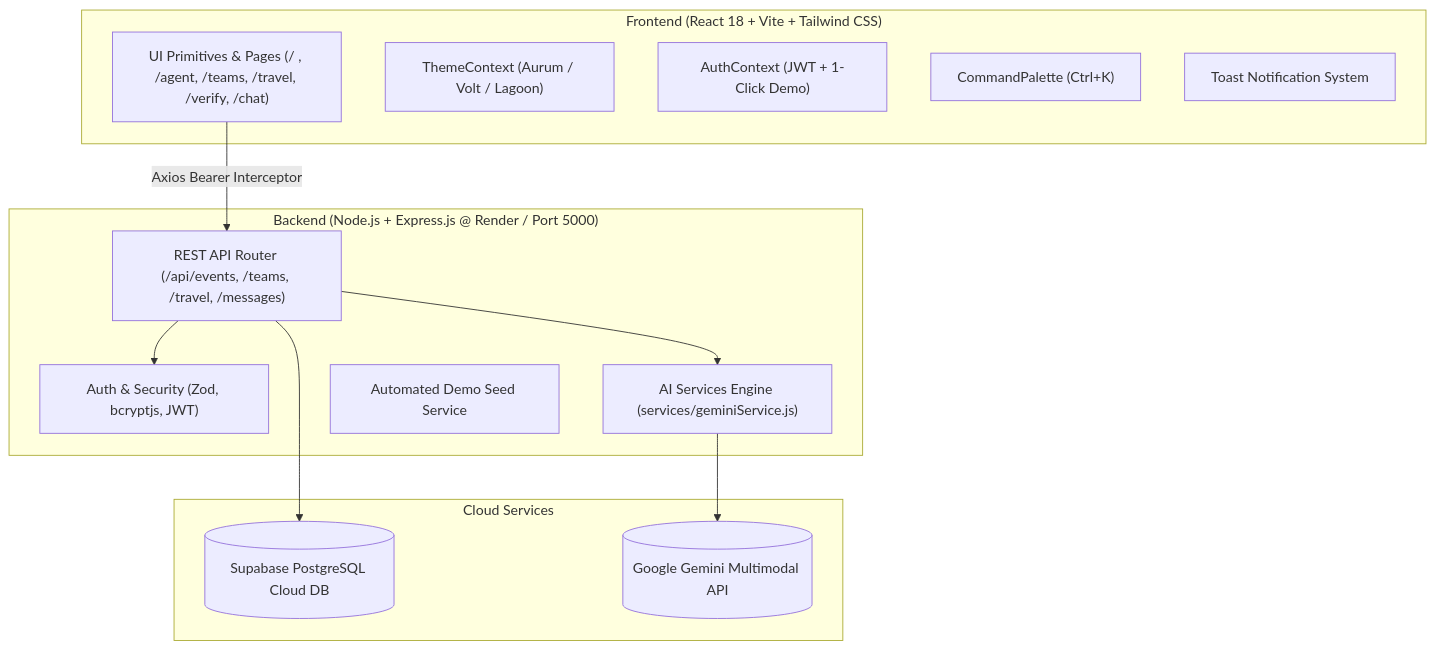
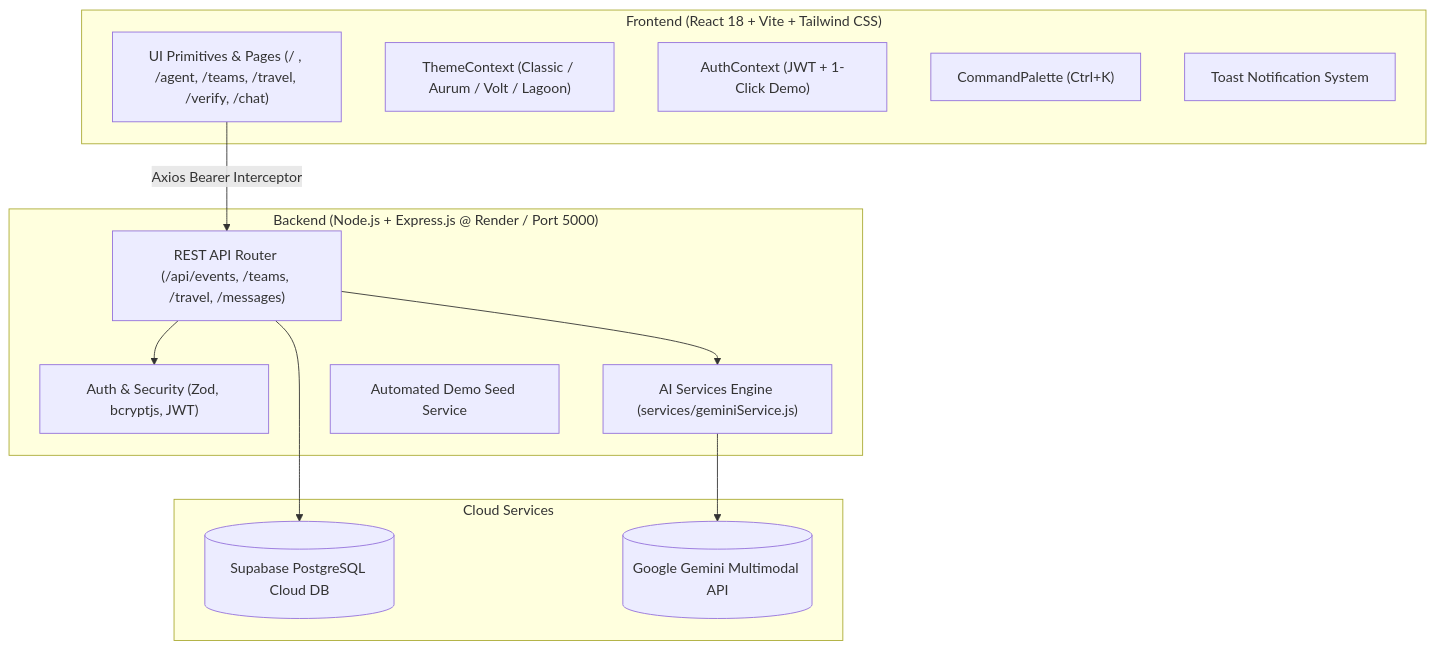
Before and after one commit to RAYAPURAMVIKRAM/niat: the second of 2 diagrams in README.md, drawn with Mermaid. The commit also changed other lines of this file and 6 other files, not shown here.

Commit message:
feat(ui): add Classic (Phase 1) as default theme across 4-theme engine

````diff
--- a/README.md
+++ b/README.md
@@ -99,28 +100,28 @@
 ```mermaid
 graph TB
     subgraph Client ["Frontend (React 18 + Vite + Tailwind CSS)"]
         UI["UI Primitives & Pages (/ , /agent, /teams, /travel, /verify, /chat)"]
-        TC["ThemeContext (Aurum / Volt / Lagoon)"]
+        TC["ThemeContext (Classic / Aurum / Volt / Lagoon)"]
         AC["AuthContext (JWT + 1-Click Demo)"]
         CP["CommandPalette (Ctrl+K)"]
         Toast["Toast Notification System"]
     end
 
     subgraph Server ["Backend (Node.js + Express.js @ Render / Port 5000)"]
         API["REST API Router (/api/events, /teams, /travel, /messages)"]
         AuthM["Auth & Security (Zod, bcryptjs, JWT)"]
         AIEngine["AI Services Engine (services/geminiService.js)"]
         Seed["Automated Demo Seed Service"]
     end
 
     subgraph Data ["Cloud Services"]
         DB[("Supabase PostgreSQL Cloud DB")]
         Gemini[("Google Gemini Multimodal API")]
     end
 
     UI -->|Axios Bearer Interceptor| API
     API --> AuthM
     API --> AIEngine
     API --> DB
     AIEngine --> Gemini
 ```
````
